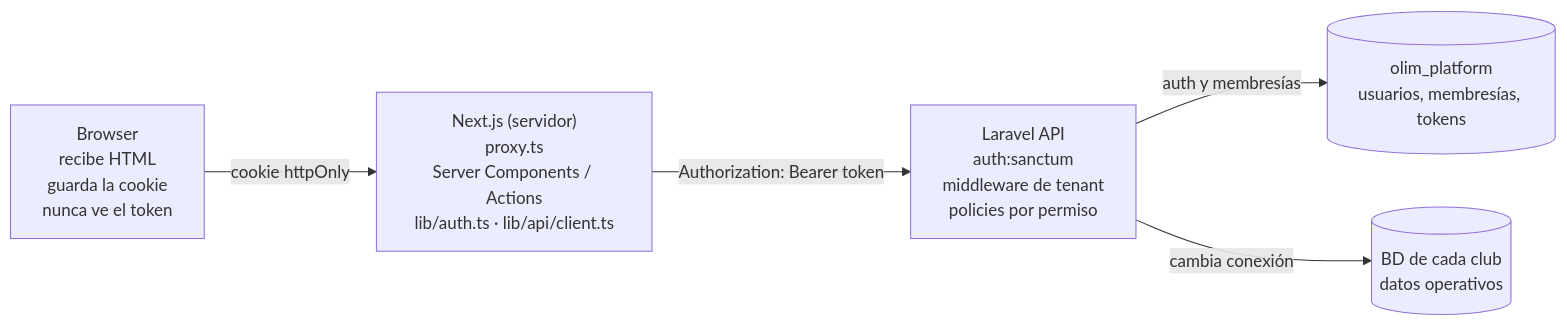
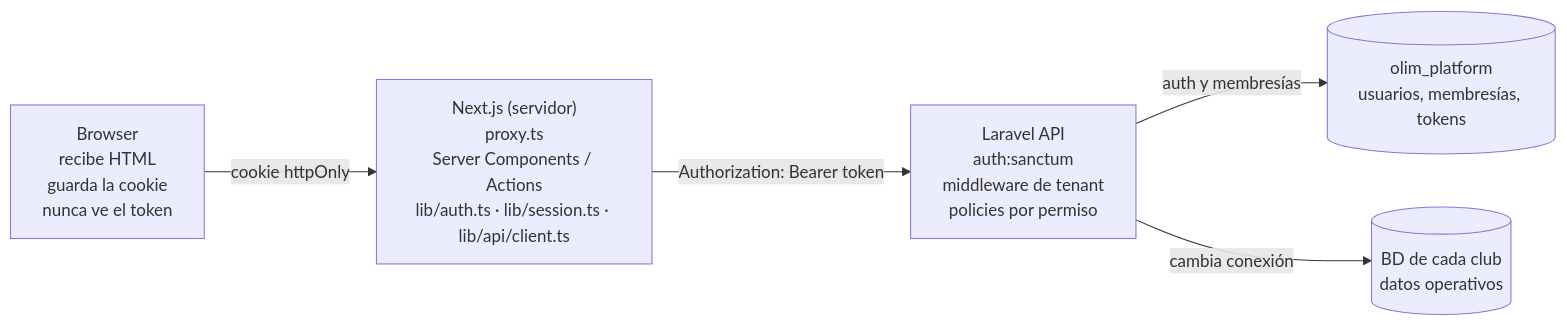
One commit to finalproyectogrupo8-max/Front-Sportiva changed the first of 2 diagrams in docs/integracion-api-laravel.md. Above: the diagram before and after it, drawn with Mermaid. The commit also changed other lines of this file and 9 other files, not shown here.

````diff
--- a/docs/integracion-api-laravel.md
+++ b/docs/integracion-api-laravel.md
@@ -21,13 +21,13 @@
 ```mermaid
 flowchart LR
     B["Browser<br/>recibe HTML<br/>guarda la cookie<br/>nunca ve el token"]
-    N["Next.js (servidor)<br/>proxy.ts<br/>Server Components / Actions<br/>lib/auth.ts · lib/api/client.ts"]
+    N["Next.js (servidor)<br/>proxy.ts<br/>Server Components / Actions<br/>lib/auth.ts · lib/session.ts · lib/api/client.ts"]
     L["Laravel API<br/>auth:sanctum<br/>middleware de tenant<br/>policies por permiso"]
     P[("olim_platform<br/>usuarios, membresías, tokens")]
     C[("BD de cada club<br/>datos operativos")]
 
     B -- "cookie httpOnly" --> N
     N -- "Authorization: Bearer token" --> L
     L -- "auth y membresías" --> P
     L -- "cambia conexión" --> C
 ```
````
